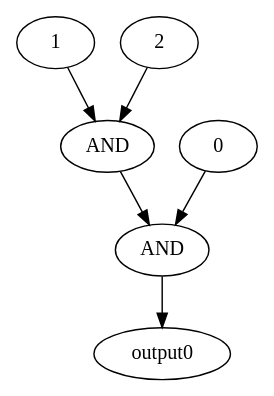
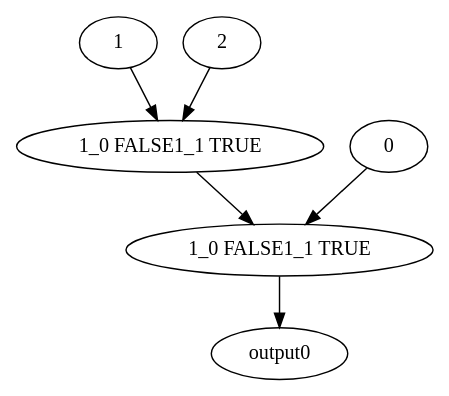
Before and after one commit to autay27/sat-circuit-bounding: the diagram in examples/3and/solution.dot, drawn with Graphviz. The commit also changed 46 other files, not shown here.

```diff
--- a/examples/3and/solution.dot
+++ b/examples/3and/solution.dot
@@ -1,9 +1,11 @@
 digraph {
 1 -> 3;
 2 -> 3;
 0 -> 4;
 3 -> 4;
-3 [ label = "AND"];
-4 [ label = "AND"];
+3 [ label = "0_0 FALSE0_1 FALSE"];
+3 [ label = "1_0 FALSE1_1 TRUE"];
+4 [ label = "0_0 FALSE0_1 FALSE"];
+4 [ label = "1_0 FALSE1_1 TRUE"];
 4 -> output0 
 }
```
